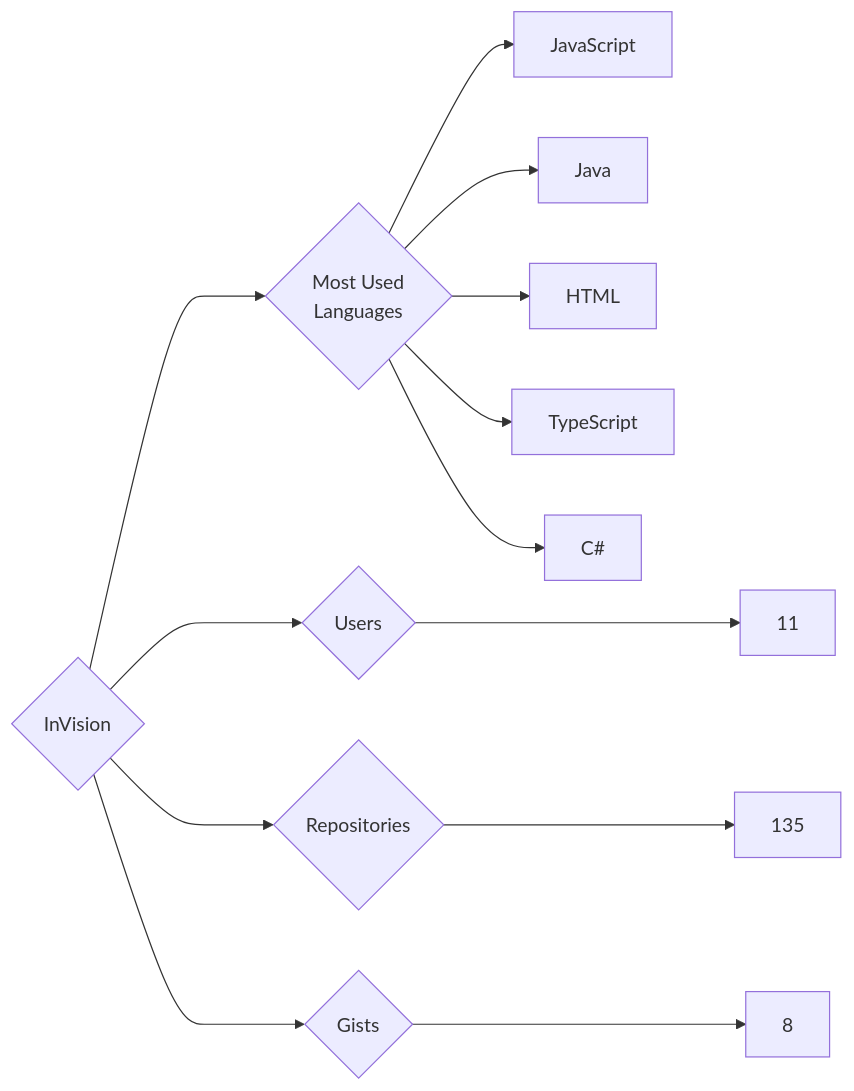
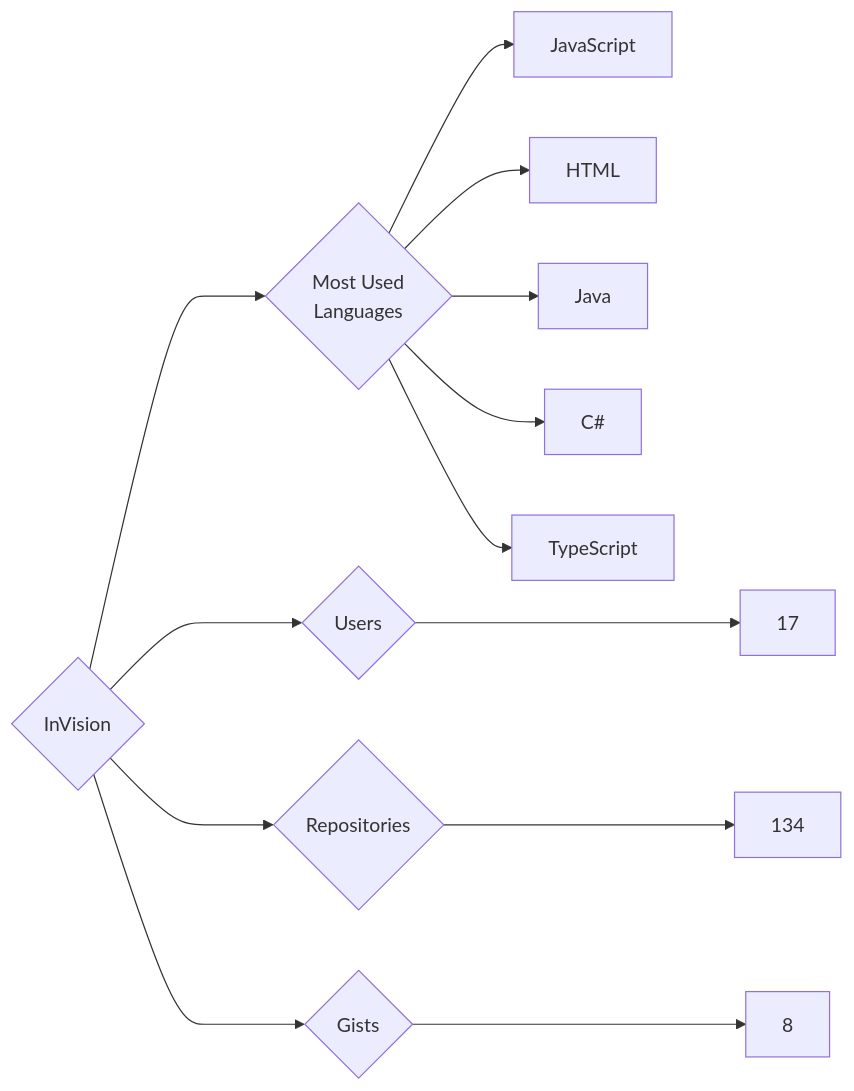
Before and after one commit to trickest/insiders: the diagram in targets/InVision/README.md, drawn with Mermaid. The commit also changed 1238 other files, not shown here.

````diff
--- a/targets/InVision/README.md
+++ b/targets/InVision/README.md
@@ -3,13 +3,13 @@
 ```mermaid
 graph LR
 COMPANY_NAME{InVision}
-COMPANY_NAME ---> U{Users} ---> UN[11]
-COMPANY_NAME ---> R{Repositories} ---> RN[135]
+COMPANY_NAME ---> U{Users} ---> UN[17]
+COMPANY_NAME ---> R{Repositories} ---> RN[134]
 COMPANY_NAME ---> G{Gists} ---> GN[8]
 COMPANY_NAME ---> ML{Most Used<br>Languages}
 ML --> JavaScript[JavaScript]
+ML --> HTML[HTML]
 ML --> Java[Java]
-ML --> HTML[HTML]
+ML --> C#[C#]
 ML --> TypeScript[TypeScript]
-ML --> C#[C#]
 ```
````
